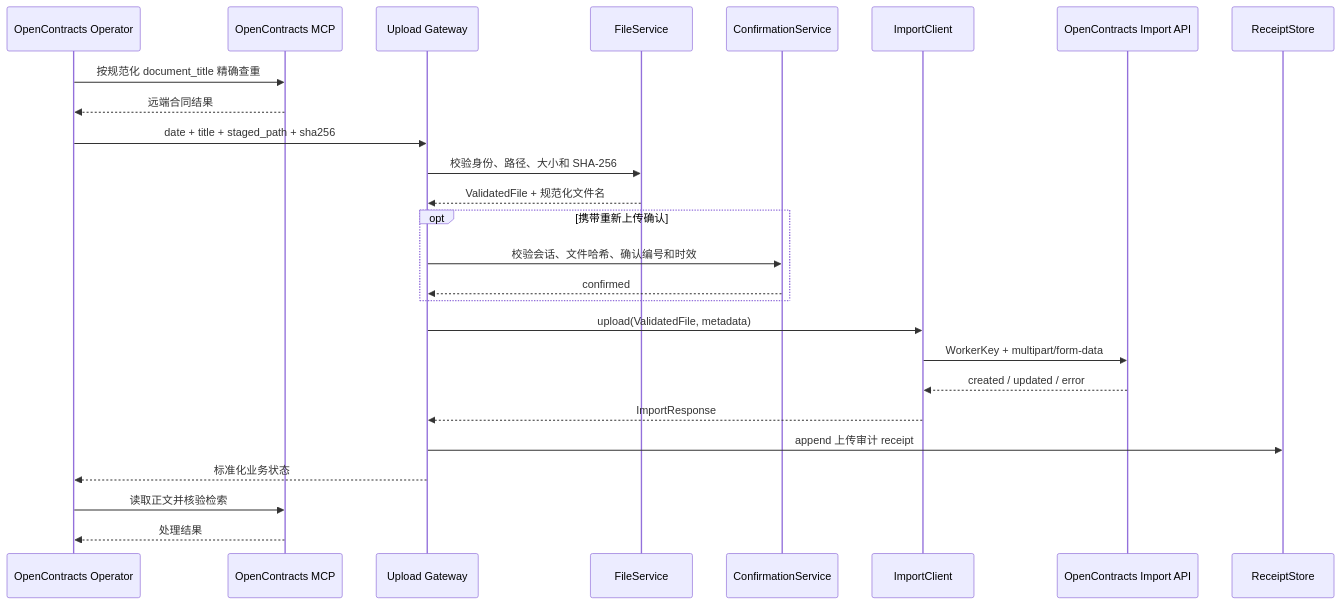
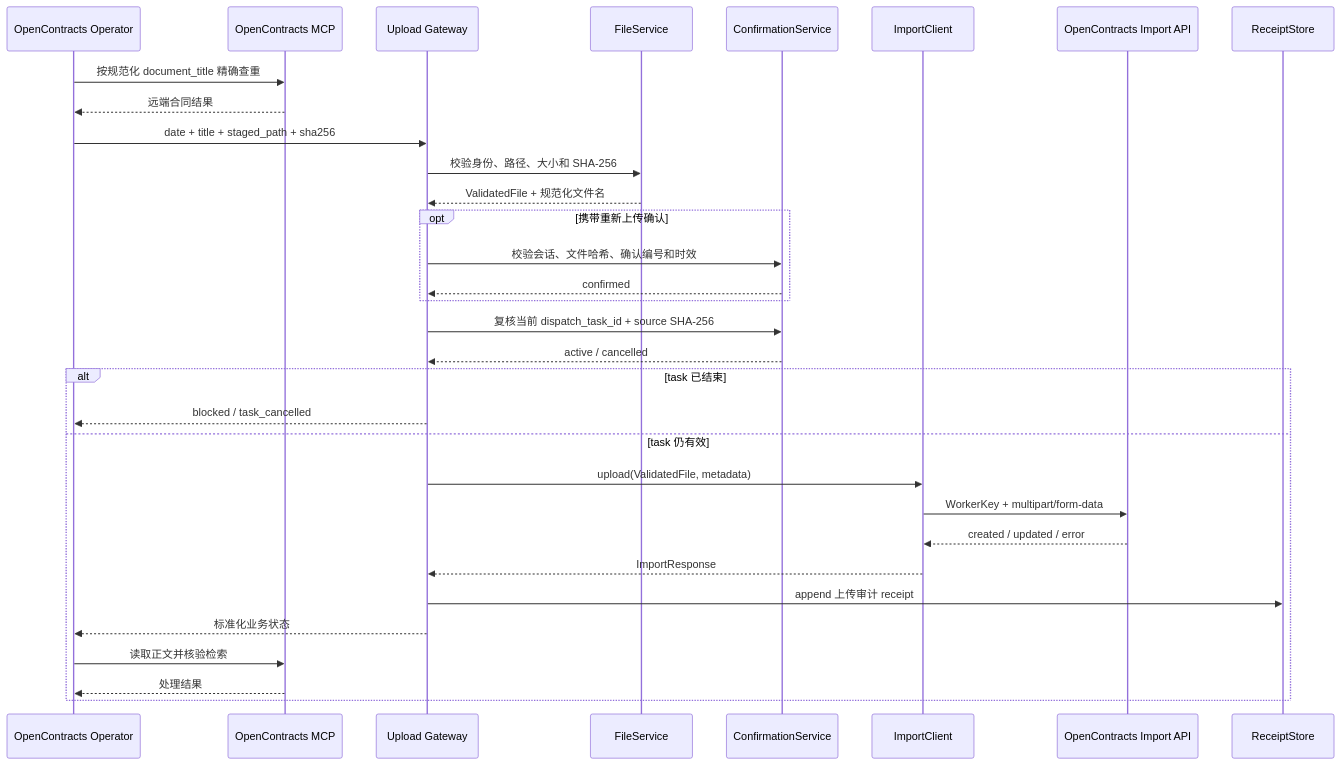
The second of 3 diagrams in plugins/astrbot_plugin_opencontracts_gateway/README.md (Ri0n72Y/ContractBotConfig), drawn with Mermaid before and after one commit. The commit also changed other lines of this file and 52 other files, not shown here.

````diff
--- a/plugins/astrbot_plugin_opencontracts_gateway/README.md
+++ b/plugins/astrbot_plugin_opencontracts_gateway/README.md
@@ -52,29 +57,35 @@
 ```mermaid
 sequenceDiagram
     participant O as OpenContracts Operator
     participant M as OpenContracts MCP
     participant G as Upload Gateway
     participant V as FileService
     participant C as ConfirmationService
     participant I as ImportClient
     participant API as OpenContracts Import API
     participant R as ReceiptStore
 
     O->>M: 按规范化 document_title 精确查重
     M-->>O: 远端合同结果
     O->>G: date + title + staged_path + sha256
     G->>V: 校验身份、路径、大小和 SHA-256
     V-->>G: ValidatedFile + 规范化文件名
     opt 携带重新上传确认
         G->>C: 校验会话、文件哈希、确认编号和时效
         C-->>G: confirmed
     end
-    G->>I: upload(ValidatedFile, metadata)
-    I->>API: WorkerKey + multipart/form-data
-    API-->>I: created / updated / error
-    I-->>G: ImportResponse
-    G->>R: append 上传审计 receipt
-    G-->>O: 标准化业务状态
-    O->>M: 读取正文并核验检索
-    M-->>O: 处理结果
+    G->>C: 复核当前 dispatch_task_id + source SHA-256
+    C-->>G: active / cancelled
+    alt task 已结束
+        G-->>O: blocked / task_cancelled
+    else task 仍有效
+        G->>I: upload(ValidatedFile, metadata)
+        I->>API: WorkerKey + multipart/form-data
+        API-->>I: created / updated / error
+        I-->>G: ImportResponse
+        G->>R: append 上传审计 receipt
+        G-->>O: 标准化业务状态
+        O->>M: 读取正文并核验检索
+        M-->>O: 处理结果
+    end
 ```
````
